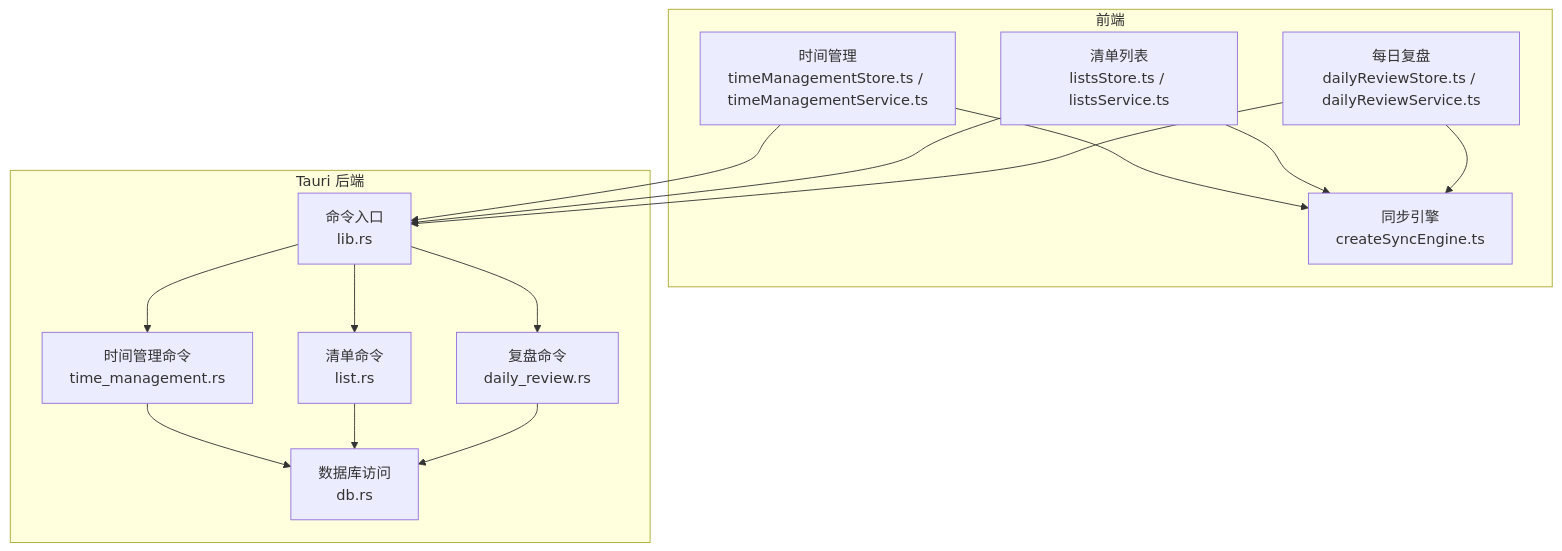
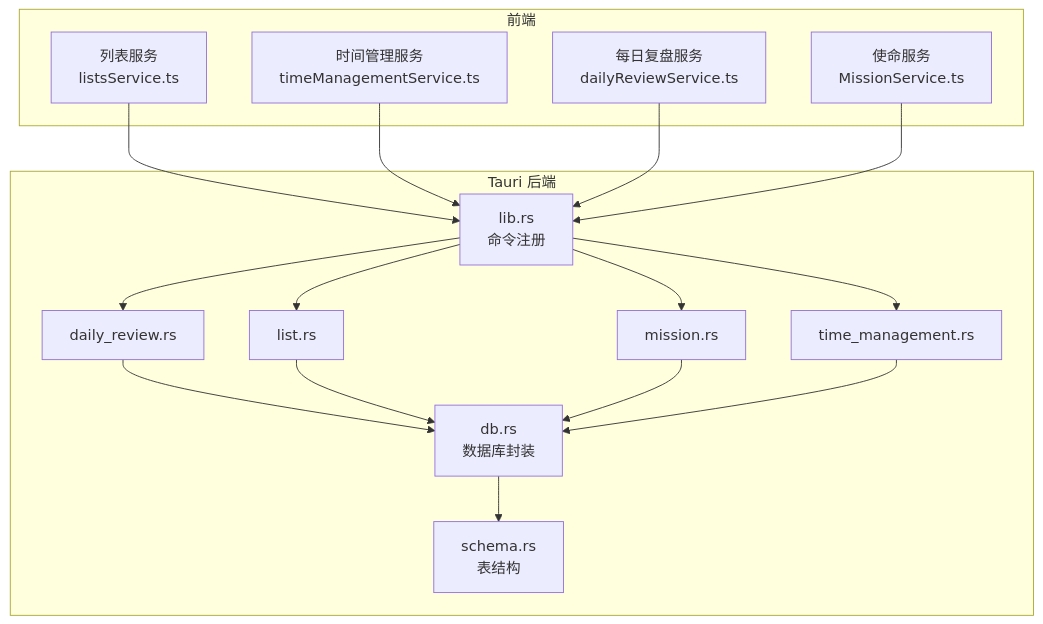
One commit to gzdxhujiale/FishWorker changed the first of 7 diagrams in .qoder/repowiki/zh/content/API 参考文档/API 参考文档.md. Above: the diagram before and after it, drawn with Mermaid. The commit also changed other lines of this file and 238 other files, not shown here.

````diff
--- a/.qoder/repowiki/zh/content/API 参考文档/API 参考文档.md
+++ b/.qoder/repowiki/zh/content/API 参考文档/API 参考文档.md
@@ -49,28 +63,31 @@
 ```mermaid
 graph TB
 subgraph "前端"
-TM["时间管理<br/>timeManagementStore.ts / timeManagementService.ts"]
-LS["清单列表<br/>listsStore.ts / listsService.ts"]
-DR["每日复盘<br/>dailyReviewStore.ts / dailyReviewService.ts"]
-SYNC["同步引擎<br/>createSyncEngine.ts"]
+FE_Lists["列表服务<br/>listsService.ts"]
+FE_TM["时间管理服务<br/>timeManagementService.ts"]
+FE_Daily["每日复盘服务<br/>dailyReviewService.ts"]
+FE_Mission["使命服务<br/>MissionService.ts"]
 end
 subgraph "Tauri 后端"
-LIB["命令入口<br/>lib.rs"]
-TM_RS["时间管理命令<br/>time_management.rs"]
-LS_RS["清单命令<br/>list.rs"]
-DR_RS["复盘命令<br/>daily_review.rs"]
-DB["数据库访问<br/>db.rs"]
+Entry["lib.rs<br/>命令注册"]
+DailyRS["daily_review.rs"]
+ListRS["list.rs"]
+MissionRS["mission.rs"]
+TimeRS["time_management.rs"]
+DB["db.rs<br/>数据库封装"]
+Schema["schema.rs<br/>表结构"]
 end
-TM --> SYNC
-LS --> SYNC
-DR --> SYNC
-TM --> LIB
-LS --> LIB
-DR --> LIB
-LIB --> TM_RS
-LIB --> LS_RS
-LIB --> DR_RS
-TM_RS --> DB
-LS_RS --> DB
-DR_RS --> DB
+FE_Lists --> Entry
+FE_TM --> Entry
+FE_Daily --> Entry
+FE_Mission --> Entry
+Entry --> DailyRS
+Entry --> ListRS
+Entry --> MissionRS
+Entry --> TimeRS
+DailyRS --> DB
+ListRS --> DB
+MissionRS --> DB
+TimeRS --> DB
+DB --> Schema
 ```
````
